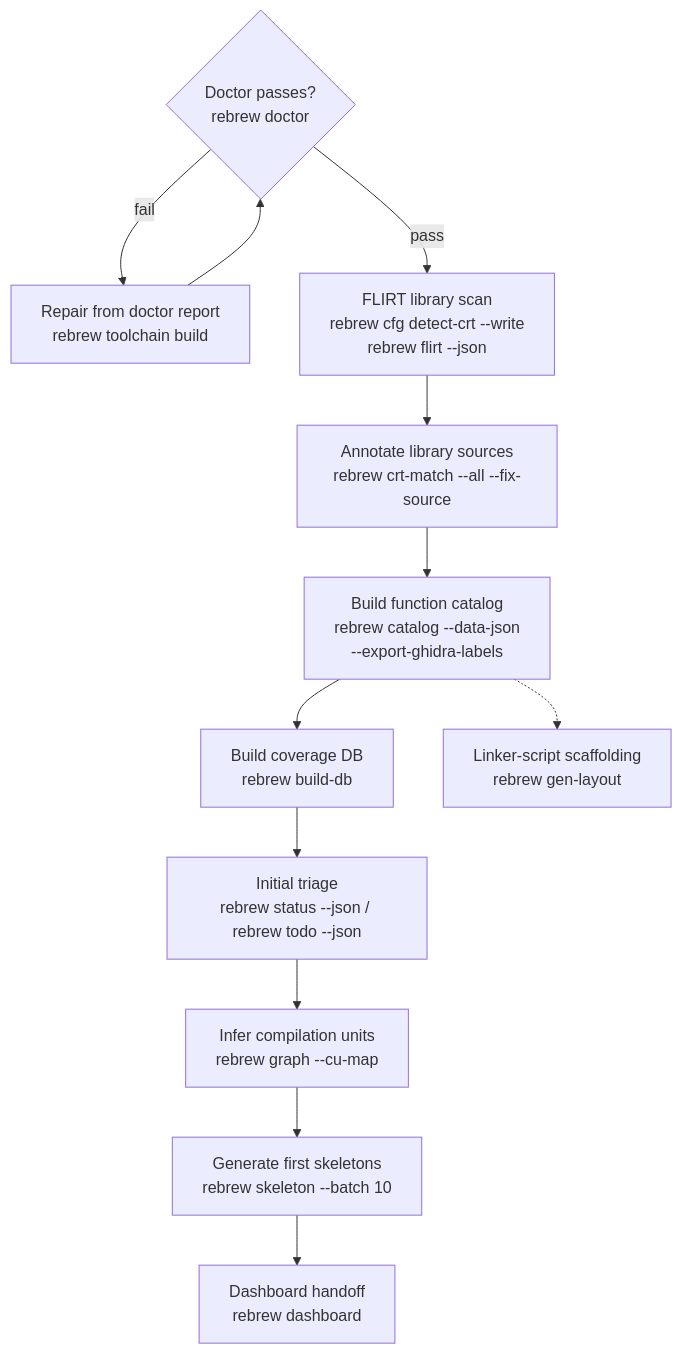
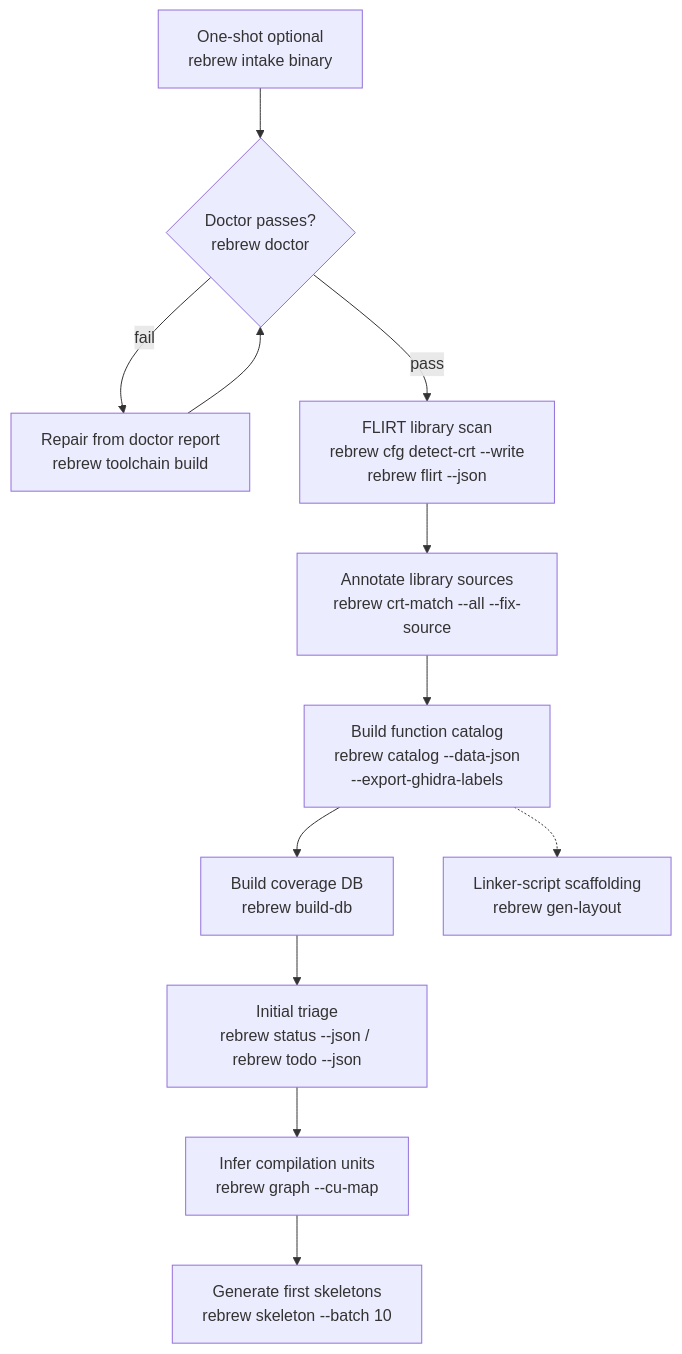
The diagram in .agents/skills/rebrew-intake/SKILL.md (maci0/rebrew), drawn with Mermaid before and after one commit. The commit also changed other lines of this file and 5 other files, not shown here.

First line of the commit message:
docs(skills): clarify intake/init handoff and trim flag-sweep

````diff
--- a/.agents/skills/rebrew-intake/SKILL.md
+++ b/.agents/skills/rebrew-intake/SKILL.md
@@ -7,14 +15,14 @@
 ```mermaid
 graph TD
+    OneShot[One-shot optional<br/>rebrew intake binary] --> Doctor
     Doctor{Doctor passes?<br/>rebrew doctor} -->|fail| Fix[Repair from doctor report<br/>rebrew toolchain build <profile>]
     Fix --> Doctor
     Doctor -->|pass| Flirt[FLIRT library scan<br/>rebrew cfg detect-crt --write<br/>rebrew flirt --json]
     Flirt --> CrtMatch[Annotate library sources<br/>rebrew crt-match --all --fix-source]
     CrtMatch --> Catalog[Build function catalog<br/>rebrew catalog --data-json<br/>--export-ghidra-labels]
     Catalog --> BuildDb[Build coverage DB<br/>rebrew build-db]
     BuildDb --> Triage[Initial triage<br/>rebrew status --json / rebrew todo --json]
     Triage --> CuMap[Infer compilation units<br/>rebrew graph --cu-map]
     CuMap --> Skeleton[Generate first skeletons<br/>rebrew skeleton --batch 10]
-    Skeleton --> Dashboard[Dashboard handoff<br/>rebrew dashboard]
     Catalog -.-> Layout[Linker-script scaffolding<br/>rebrew gen-layout]
 ```
````
